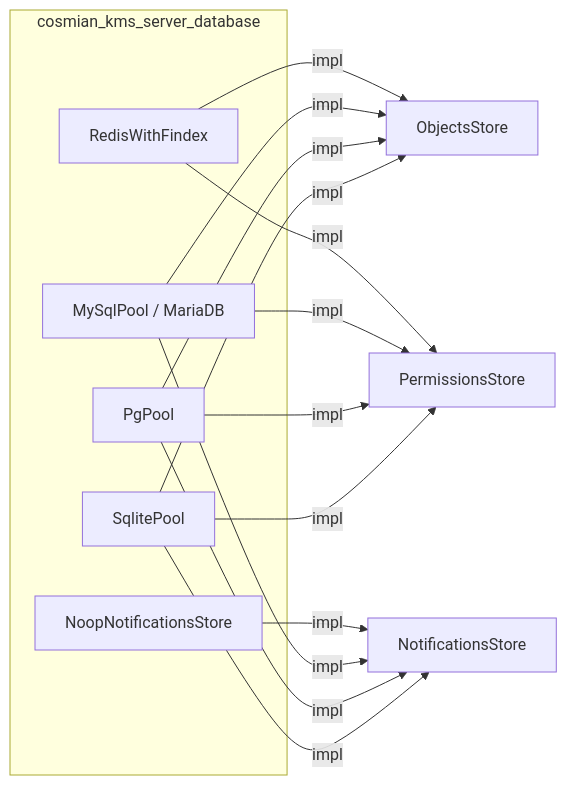
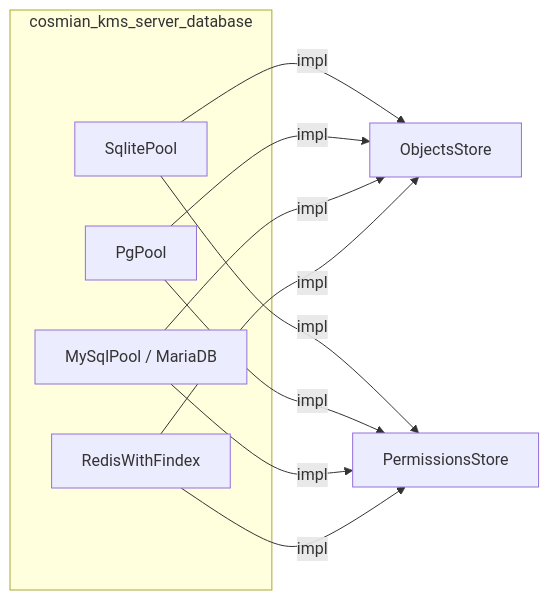
The fourth of 5 diagrams in crate/interfaces/README.md (Cosmian/kms), drawn with Mermaid before and after one commit. The commit also changed other lines of this file and 24 other files, not shown here.

````diff
--- a/crate/interfaces/README.md
+++ b/crate/interfaces/README.md
@@ -189,18 +174,15 @@
 ```mermaid
 flowchart LR
     subgraph backends["cosmian_kms_server_database"]
         SQ_S[SqlitePool]
         SQ_P[PgPool]
         SQ_M["MySqlPool / MariaDB"]
         RD[RedisWithFindex]
-        NOOP[NoopNotificationsStore]
     end
 
     OS[ObjectsStore]
     PS[PermissionsStore]
-    NS[NotificationsStore]
 
-    SQ_S & SQ_P & SQ_M -->|impl| OS & PS & NS
+    SQ_S & SQ_P & SQ_M -->|impl| OS & PS
     RD                  -->|impl| OS & PS
-    NOOP                -->|impl| NS
 ```
````
